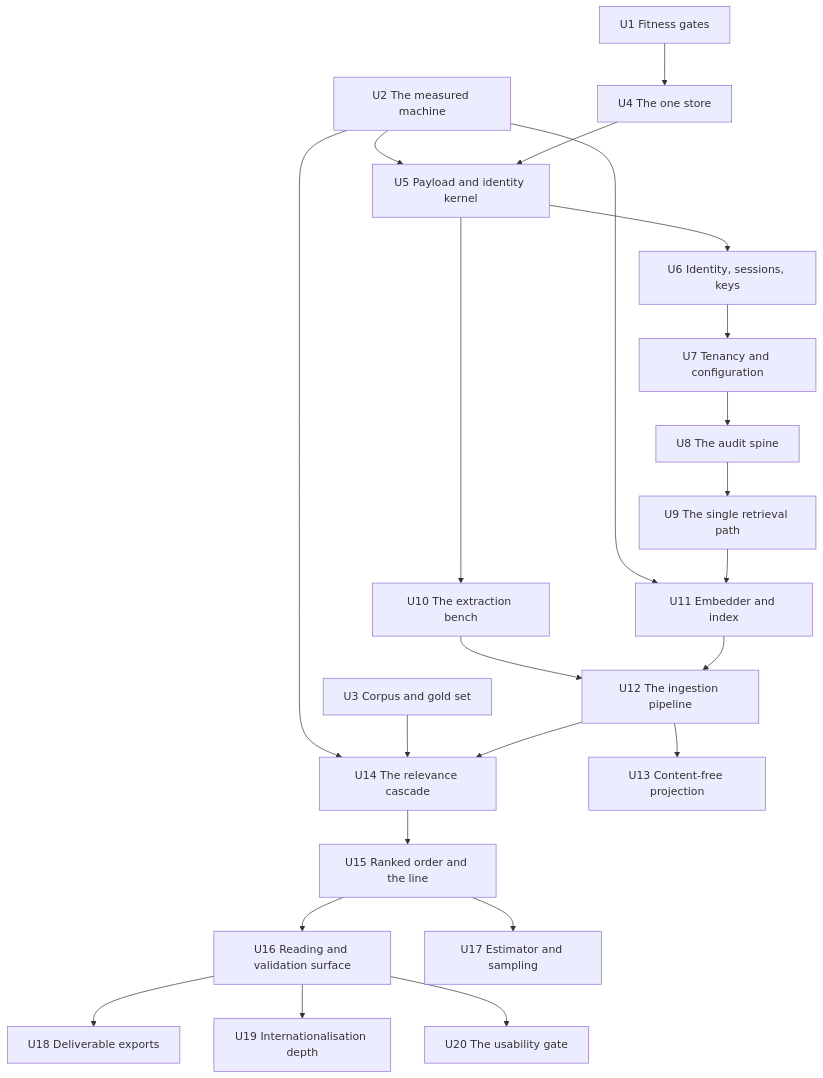
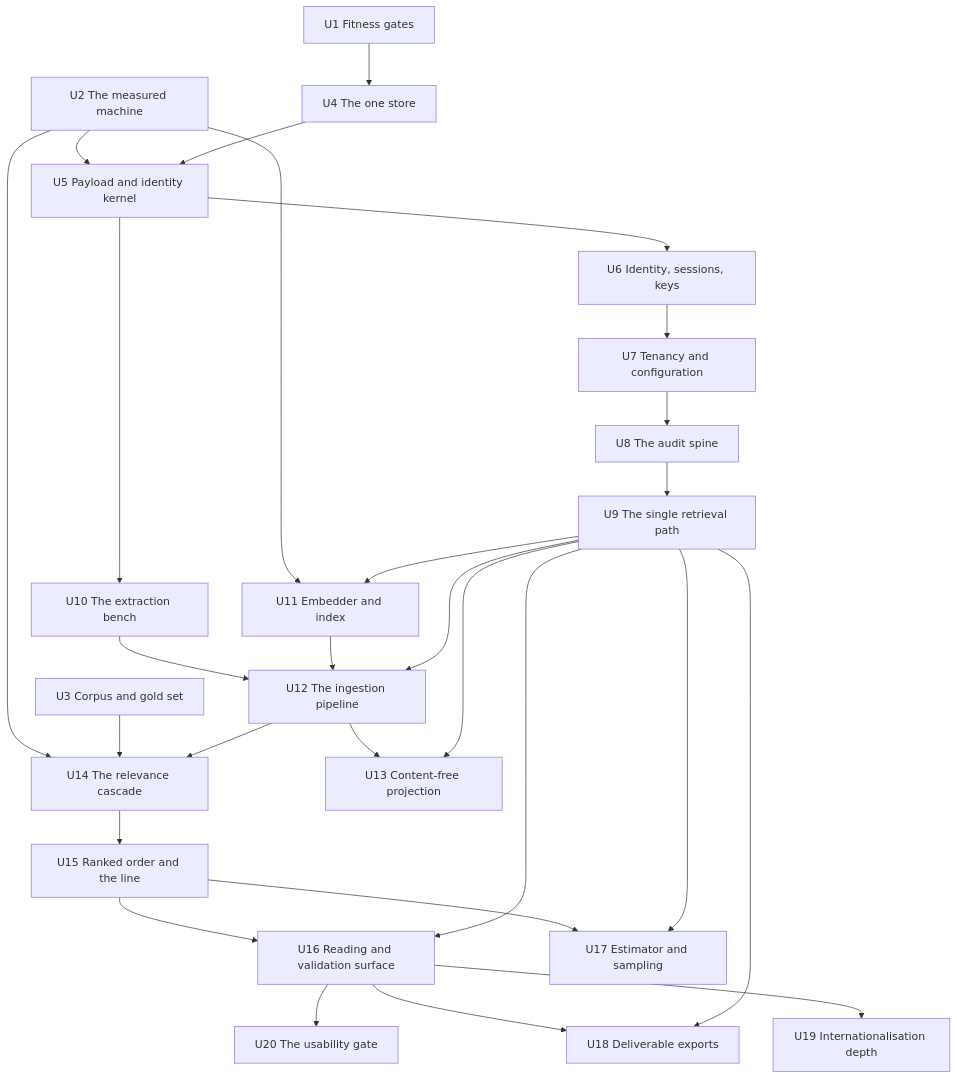
Before and after one commit to jt33120/apx-mvp: the diagram in _bmad-output/planning-artifacts/architecture/architecture-apx-mvp-2026-07-21/WORK-BREAKDOWN.md, drawn with Mermaid. The commit also changed other lines of this file and 4 other files, not shown here.

````diff
--- a/_bmad-output/planning-artifacts/architecture/architecture-apx-mvp-2026-07-21/WORK-BREAKDOWN.md
+++ b/_bmad-output/planning-artifacts/architecture/architecture-apx-mvp-2026-07-21/WORK-BREAKDOWN.md
@@ -26,25 +34,30 @@
 ```mermaid
 flowchart TD
     U1["U1 Fitness gates"] --> U4
     U2["U2 The measured machine"] --> U5
     U2 --> U11
     U2 --> U14
     U3["U3 Corpus and gold set"] --> U14
     U4["U4 The one store"] --> U5["U5 Payload and identity kernel"]
     U5 --> U6["U6 Identity, sessions, keys"]
     U6 --> U7["U7 Tenancy and configuration"]
     U7 --> U8["U8 The audit spine"]
     U8 --> U9["U9 The single retrieval path"]
     U5 --> U10["U10 The extraction bench"]
     U9 --> U11["U11 Embedder and index"]
     U10 --> U12["U12 The ingestion pipeline"]
     U11 --> U12
+    U9 --> U12
     U12 --> U13["U13 Content-free projection"]
+    U9 --> U13
     U12 --> U14["U14 The relevance cascade"]
     U14 --> U15["U15 Ranked order and the line"]
     U15 --> U16["U16 Reading and validation surface"]
+    U9 --> U16
     U15 --> U17["U17 Estimator and sampling"]
+    U9 --> U17
     U16 --> U18["U18 Deliverable exports"]
+    U9 --> U18
     U16 --> U19["U19 Internationalisation depth"]
     U16 --> U20["U20 The usability gate"]
 ```
````
